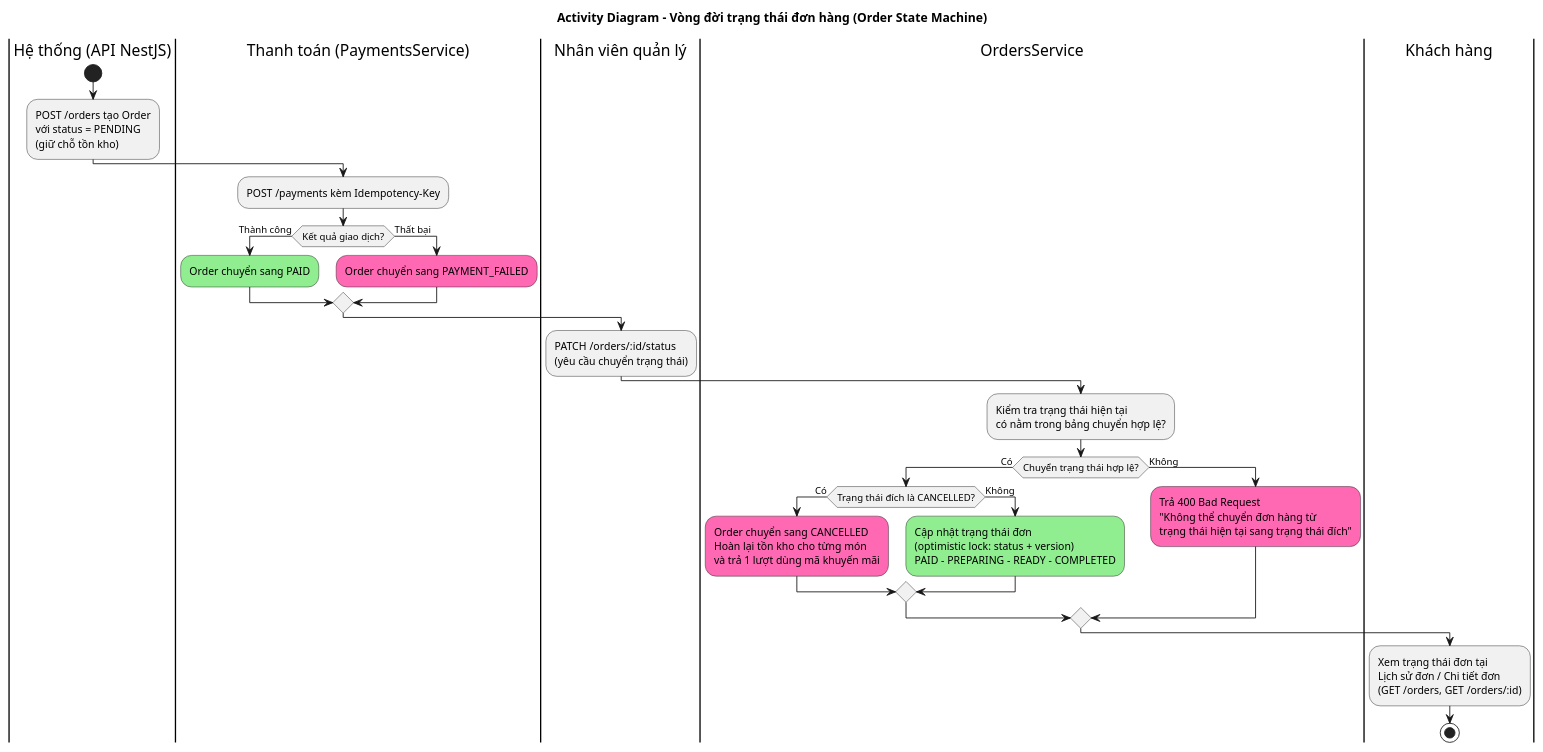
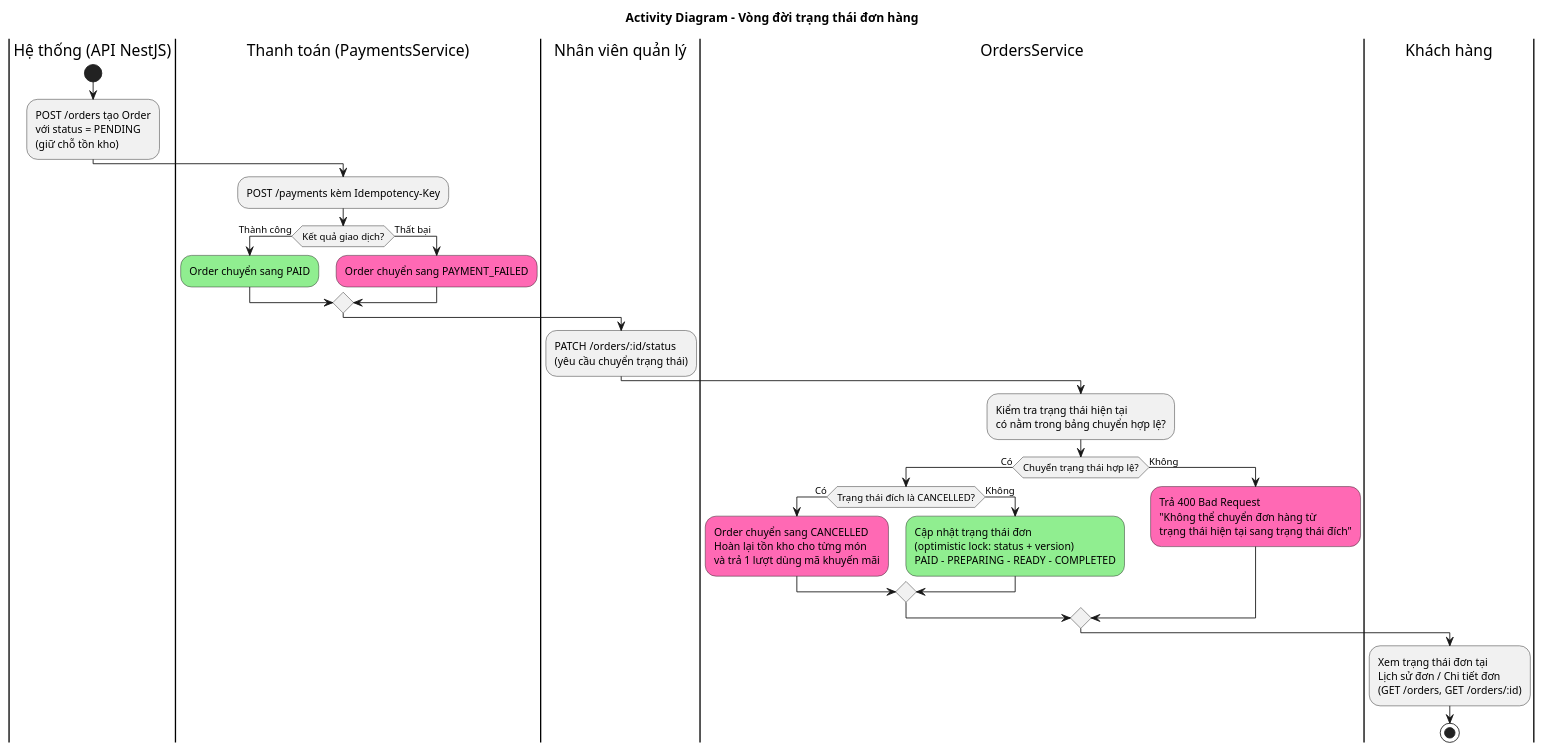
The diagram in docs/Activity diagram/code/04-vong-doi-trang-thai-don-hang.puml (lmhau68/BrewLite2), drawn with PlantUML before and after one commit. The commit also changed 5 other files, not shown here.

```diff
--- a/docs/Activity diagram/code/04-vong-doi-trang-thai-don-hang.puml
+++ b/docs/Activity diagram/code/04-vong-doi-trang-thai-don-hang.puml
@@ -1,30 +1,30 @@
 @startuml
-title Activity Diagram - Vòng đời trạng thái đơn hàng (Order State Machine)
+title Activity Diagram - Vòng đời trạng thái đơn hàng 
 
 |Hệ thống (API NestJS)|
 start
 :POST /orders tạo Order\nvới status = PENDING\n(giữ chỗ tồn kho);
 |Thanh toán (PaymentsService)|
 :POST /payments kèm Idempotency-Key;
 if (Kết quả giao dịch?) then (Thành công)
   #LightGreen:Order chuyển sang PAID;
 else (Thất bại)
   #HotPink:Order chuyển sang PAYMENT_FAILED;
 endif
 |Nhân viên quản lý|
 :PATCH /orders/:id/status\n(yêu cầu chuyển trạng thái);
 |OrdersService|
 :Kiểm tra trạng thái hiện tại\ncó nằm trong bảng chuyển hợp lệ?;
 if (Chuyển trạng thái hợp lệ?) then (Có)
   if (Trạng thái đích là CANCELLED?) then (Có)
     #HotPink:Order chuyển sang CANCELLED\nHoàn lại tồn kho cho từng món\nvà trả 1 lượt dùng mã khuyến mãi;
   else (Không)
     #LightGreen:Cập nhật trạng thái đơn\n(optimistic lock: status + version)\nPAID - PREPARING - READY - COMPLETED;
   endif
 else (Không)
   #HotPink:Trả 400 Bad Request\n"Không thể chuyển đơn hàng từ\ntrạng thái hiện tại sang trạng thái đích";
 endif
 |Khách hàng|
 :Xem trạng thái đơn tại\nLịch sử đơn / Chi tiết đơn\n(GET /orders, GET /orders/:id);
 stop
 @enduml
```
